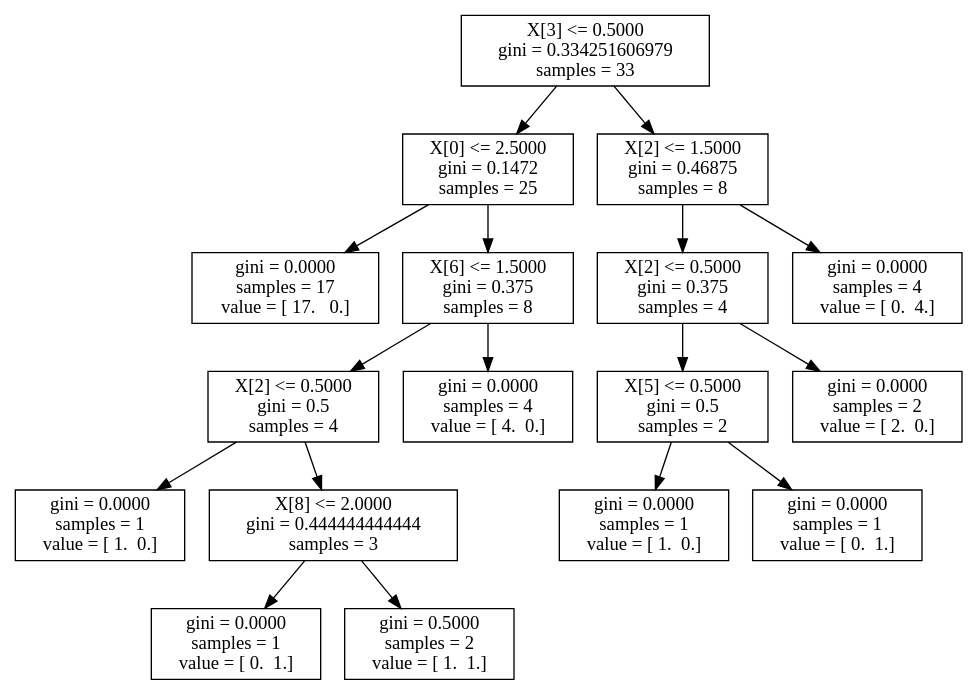
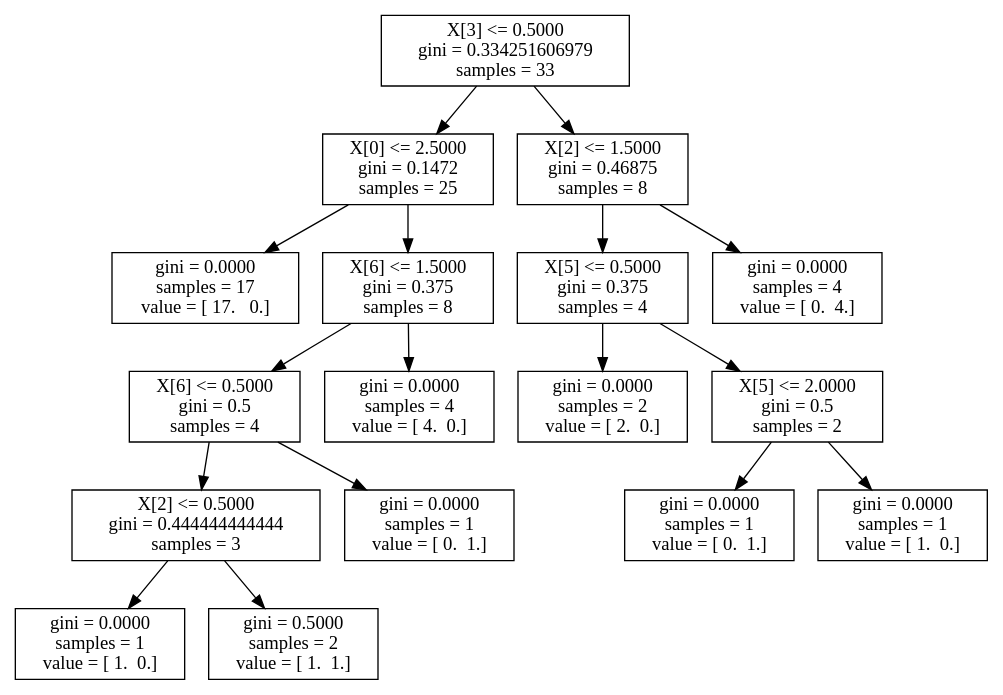
The diagram in neurosurgery_trees/longLANGUAGE.dot (akeshavan/myscripts), drawn with Graphviz before and after one commit. The commit also changed 24 other files, not shown here.

```diff
--- a/neurosurgery_trees/longLANGUAGE.dot
+++ b/neurosurgery_trees/longLANGUAGE.dot
@@ -1,35 +1,35 @@
 digraph Tree {
 0 [label="X[3] <= 0.5000\ngini = 0.334251606979\nsamples = 33", shape="box"] ;
 1 [label="X[0] <= 2.5000\ngini = 0.1472\nsamples = 25", shape="box"] ;
 0 -> 1 ;
 2 [label="gini = 0.0000\nsamples = 17\nvalue = [ 17.   0.]", shape="box"] ;
 1 -> 2 ;
 3 [label="X[6] <= 1.5000\ngini = 0.375\nsamples = 8", shape="box"] ;
 1 -> 3 ;
-4 [label="X[2] <= 0.5000\ngini = 0.5\nsamples = 4", shape="box"] ;
+4 [label="X[6] <= 0.5000\ngini = 0.5\nsamples = 4", shape="box"] ;
 3 -> 4 ;
-5 [label="gini = 0.0000\nsamples = 1\nvalue = [ 1.  0.]", shape="box"] ;
+5 [label="X[2] <= 0.5000\ngini = 0.444444444444\nsamples = 3", shape="box"] ;
 4 -> 5 ;
-6 [label="X[8] <= 2.0000\ngini = 0.444444444444\nsamples = 3", shape="box"] ;
-4 -> 6 ;
-7 [label="gini = 0.0000\nsamples = 1\nvalue = [ 0.  1.]", shape="box"] ;
-6 -> 7 ;
-8 [label="gini = 0.5000\nsamples = 2\nvalue = [ 1.  1.]", shape="box"] ;
-6 -> 8 ;
+6 [label="gini = 0.0000\nsamples = 1\nvalue = [ 1.  0.]", shape="box"] ;
+5 -> 6 ;
+7 [label="gini = 0.5000\nsamples = 2\nvalue = [ 1.  1.]", shape="box"] ;
+5 -> 7 ;
+8 [label="gini = 0.0000\nsamples = 1\nvalue = [ 0.  1.]", shape="box"] ;
+4 -> 8 ;
 9 [label="gini = 0.0000\nsamples = 4\nvalue = [ 4.  0.]", shape="box"] ;
 3 -> 9 ;
 10 [label="X[2] <= 1.5000\ngini = 0.46875\nsamples = 8", shape="box"] ;
 0 -> 10 ;
-11 [label="X[2] <= 0.5000\ngini = 0.375\nsamples = 4", shape="box"] ;
+11 [label="X[5] <= 0.5000\ngini = 0.375\nsamples = 4", shape="box"] ;
 10 -> 11 ;
-12 [label="X[5] <= 0.5000\ngini = 0.5\nsamples = 2", shape="box"] ;
+12 [label="gini = 0.0000\nsamples = 2\nvalue = [ 2.  0.]", shape="box"] ;
 11 -> 12 ;
-13 [label="gini = 0.0000\nsamples = 1\nvalue = [ 1.  0.]", shape="box"] ;
-12 -> 13 ;
+13 [label="X[5] <= 2.0000\ngini = 0.5\nsamples = 2", shape="box"] ;
+11 -> 13 ;
 14 [label="gini = 0.0000\nsamples = 1\nvalue = [ 0.  1.]", shape="box"] ;
-12 -> 14 ;
-15 [label="gini = 0.0000\nsamples = 2\nvalue = [ 2.  0.]", shape="box"] ;
-11 -> 15 ;
+13 -> 14 ;
+15 [label="gini = 0.0000\nsamples = 1\nvalue = [ 1.  0.]", shape="box"] ;
+13 -> 15 ;
 16 [label="gini = 0.0000\nsamples = 4\nvalue = [ 0.  4.]", shape="box"] ;
 10 -> 16 ;
 }
```
